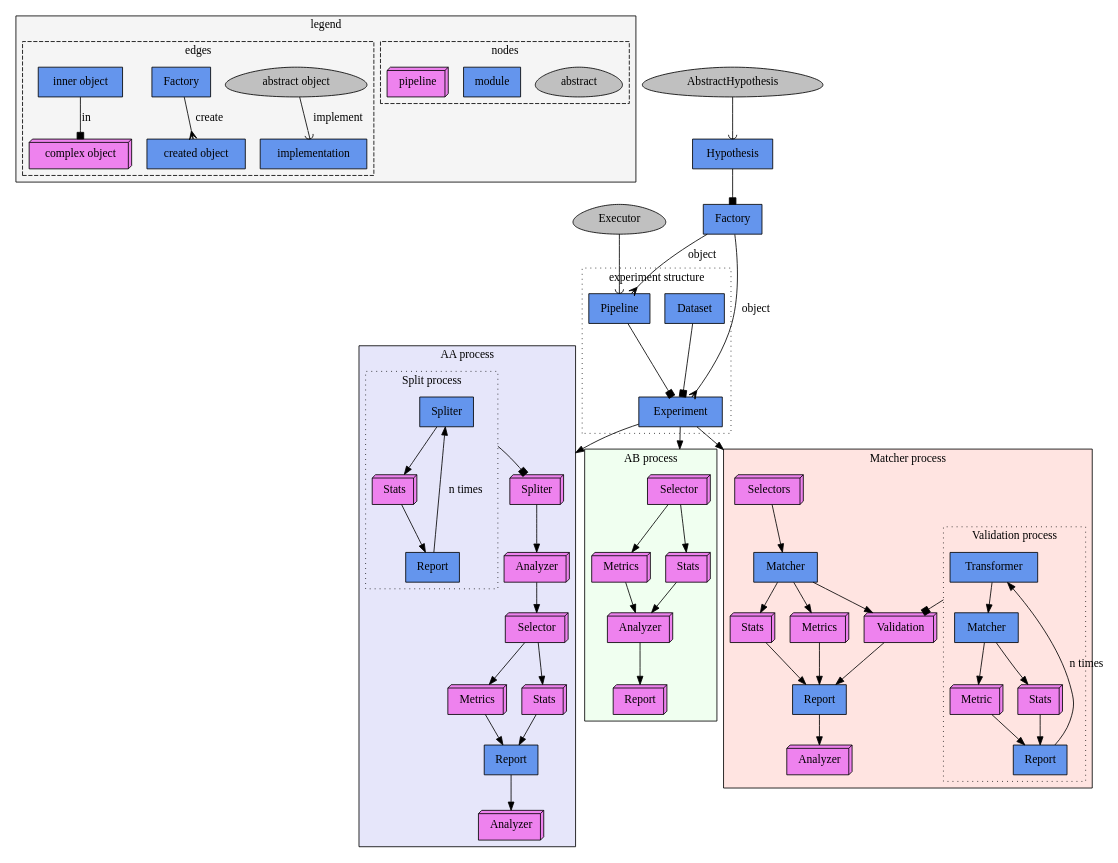
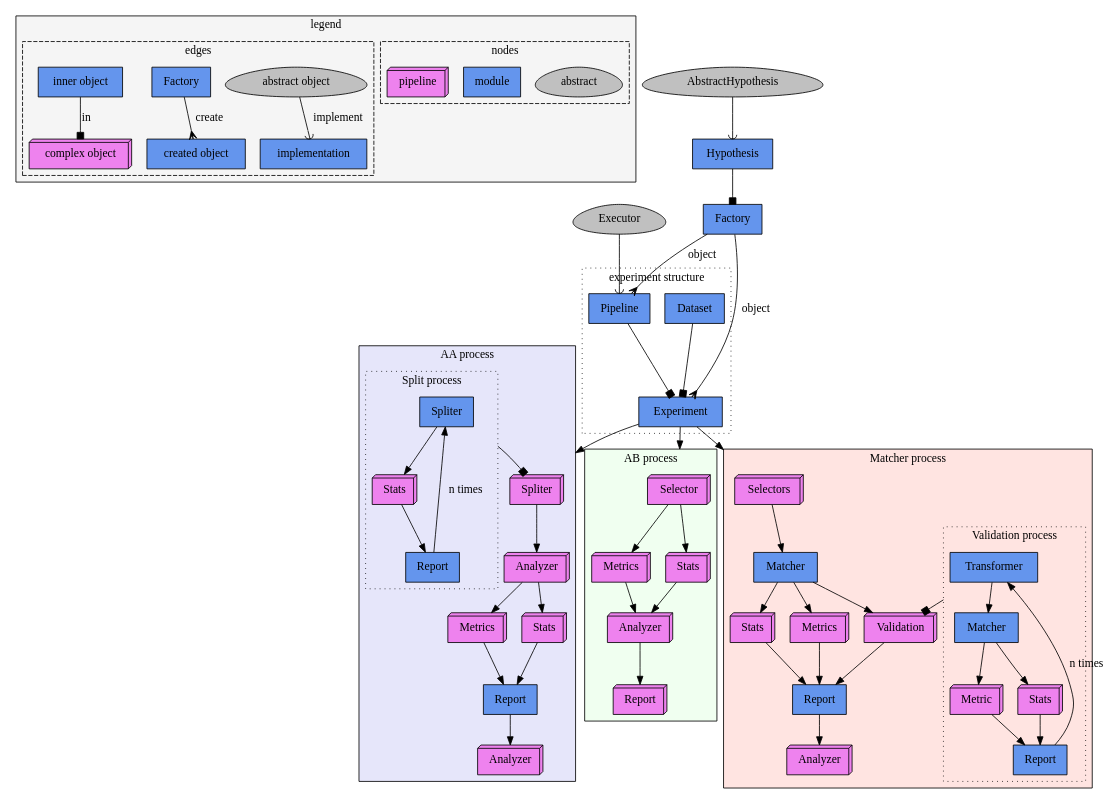
Before and after one commit to sb-ai-lab/HypEx: the diagram in schemes/class_path.dot, drawn with Graphviz. The commit also changed 4 other files, not shown here.

```diff
--- a/schemes/class_path.dot
+++ b/schemes/class_path.dot
@@ -1,173 +1,170 @@
 digraph ClassPath{
     compound=true
 
     subgraph abstracts{
         node [shape=egg style=filled fillcolor=silver]
         abstract_class[label="abstract"]
         abstract_object[label="abstract object"]
 
         Executor
         AbstractHypothesis
     }
 
     subgraph modules{
         node [shape=box style=filled fillcolor=cornflowerblue]
         module
         factory_legend[label="Factory"]
         created_object[label="created object"]
         inner_object[label="inner object"]
         implementation
 
 
         Dataset
         Factory
         Experiment
         Pipeline
         Hypothesis
 
         // --------------------------------------
         Matcher
         ReportMatcher [label="Report"]
         TransformerMatchingValidation [label="Transformer"]
         MatherMatchingValidation [label="Matcher"]
         ReportMatchingValidation [label="Report"]
         // --------------------------------------
         SpliterAAOne[label="Spliter"]
         ReportAAOneSplit [label="Report"]
         ReportAABest [label="Report"]
 
     }
 
     subgraph pipelines{
         node [shape=box3d, style=filled, fillcolor=violet]
         pipeline
         complex_object[label="complex object"]
 
         // --------------------------------------
         SelectorsMatching[label="Selectors"]
         StatsMatcher[label="Stats"]
         MetricsMatcher[label="Metrics"]
         ValidationMatching[label="Validation"]
         AnalyzerMatching[label="Analyzer"]
         MetricMatchingValidation [label="Metric"]
         StatsMatchingValidation [label="Stats"]
         // --------------------------------------
         StatsAA[label="Stats"]
         SpliterAAPipeline[label="Spliter"]
         AnalyzerAASplit[label="Analyzer"]
-        SelectorAASplit[label="Selector"]
         MetricsAASplit[label="Metrics"]
         StatsAASplit[label="Stats"]
         AnalyzerAA[label="Analyzer"]
         // --------------------------------------
         SelectorAB[label="Selector"]
         MetricsAB[label="Metrics"]
         StatsAB[label="Stats"]
         AnalyzerAB[label="Analyzer"]
         ReportAB[label="Report"]
     }
 
     subgraph cluster_legend{
         graph[label="legend", style=filled, fillcolor=whitesmoke]
 
         subgraph cluster_nodes{
             graph[label="nodes", style=dashed]
             abstract_class
             module
             pipeline
         }
 
         subgraph cluster_edges{
             graph[label="edges", style=dashed]
         
             factory_legend -> created_object [arrowhead=crow, label="create"]
             inner_object -> complex_object [arrowhead=box, label="in"]
             abstract_object -> implementation [arrowhead=curve, label="implement"]
         }
 
 
 
     }
 
 // -----------------------------------------------------------------------------------
 // -----------------------------------------------------------------------------------
 
 
     Executor -> Pipeline [arrowhead=curved]
     AbstractHypothesis -> Hypothesis [arrowhead=curved]
 
     Hypothesis -> Factory [arrowhead=box]
     Factory -> Experiment [arrowhead=crow label="object"]
     Factory -> Pipeline [arrowhead=crow label="object"]
 
     subgraph cluster_experiment{
         graph[label="experiment structure" style=dotted]
         Pipeline -> Experiment [arrowhead=box]
         Dataset -> Experiment [arrowhead=box]
     }
 
 // -----------------------------------------------------------------------------------
 
     subgraph cluster_matcher{
         graph[label="Matcher process", style=dashed, style=filled, fillcolor=mistyrose]
 
         SelectorsMatching -> Matcher
         Matcher -> MetricsMatcher
         Matcher -> StatsMatcher
         Matcher -> ValidationMatching
         {
             MetricsMatcher
             StatsMatcher
             ValidationMatching
         } -> ReportMatcher
 
         subgraph cluster_matching_validation{
             graph[label="Validation process" style=dotted]
             TransformerMatchingValidation -> MatherMatchingValidation
             MatherMatchingValidation -> 
             {MetricMatchingValidation StatsMatchingValidation} -> ReportMatchingValidation
             ReportMatchingValidation -> TransformerMatchingValidation [label="n times"]
         }
         TransformerMatchingValidation -> ValidationMatching [ltail=cluster_matching_validation, arrowhead=box]
         ReportMatcher -> AnalyzerMatching
     }
 
     Experiment -> SelectorsMatching [lhead=cluster_matcher]
 
 // -----------------------------------------------------------------------------------
 
     subgraph cluster_AA{
         graph[label="AA process", style=dashed, style=filled, fillcolor=lavender]
         
         subgraph cluster_split{
             graph[label="Split process" style=dotted]
             SpliterAAOne -> StatsAA -> ReportAAOneSplit
             ReportAAOneSplit -> SpliterAAOne [label="n times"]
         }
 
         SpliterAAOne -> SpliterAAPipeline [arrowhead=box ltail=cluster_split]
         SpliterAAPipeline -> AnalyzerAASplit
-        AnalyzerAASplit -> SelectorAASplit
-        SelectorAASplit -> MetricsAASplit
-        SelectorAASplit -> StatsAASplit
+        AnalyzerAASplit -> {MetricsAASplit StatsAASplit}
         {MetricsAASplit StatsAASplit} -> ReportAABest
         ReportAABest -> AnalyzerAA
     }
 
     Experiment -> SpliterAAPipeline [lhead=cluster_AA]
 
 // -----------------------------------------------------------------------------------
 
     subgraph cluster_AB{
         graph[label="AB process", style=dashed, style=filled, fillcolor=honeydew]
 
         SelectorAB -> MetricsAB
         SelectorAB -> StatsAB
         {MetricsAB StatsAB} -> AnalyzerAB
         AnalyzerAB -> ReportAB
 
     }
 
     Experiment -> SelectorAB [lhead=cluster_AB]
 
 }
```
